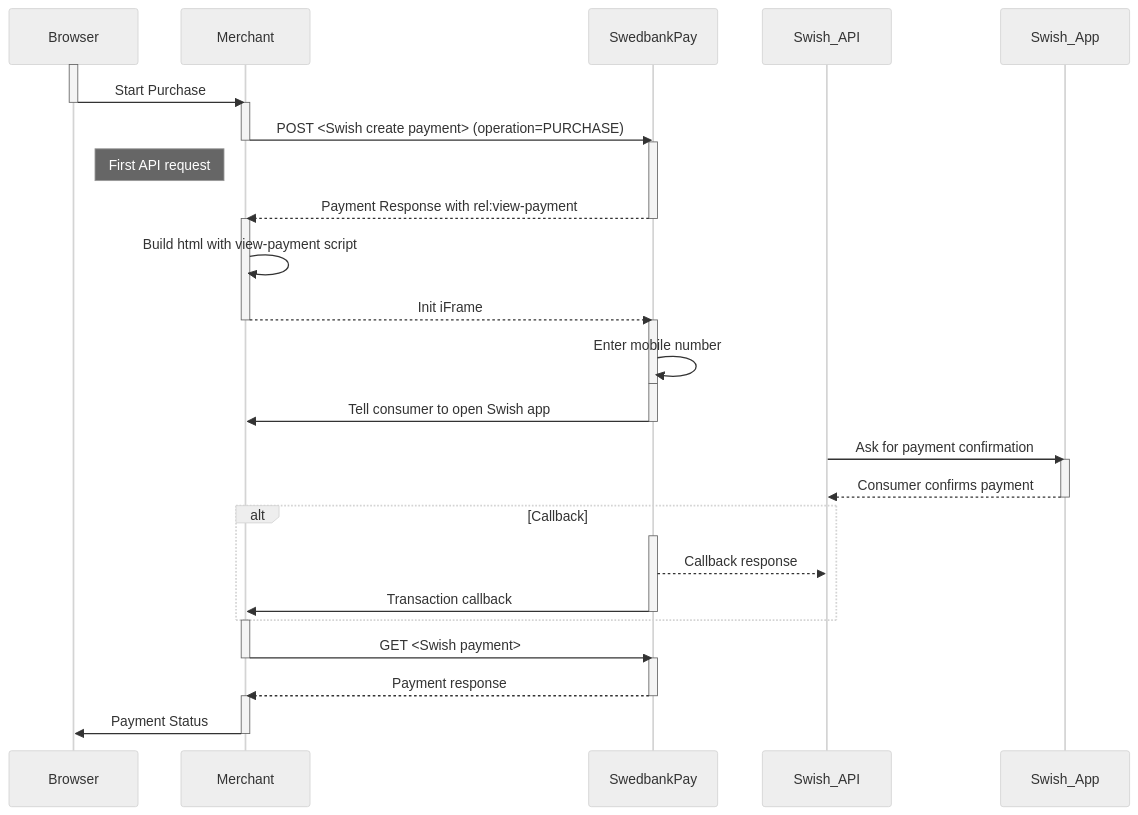
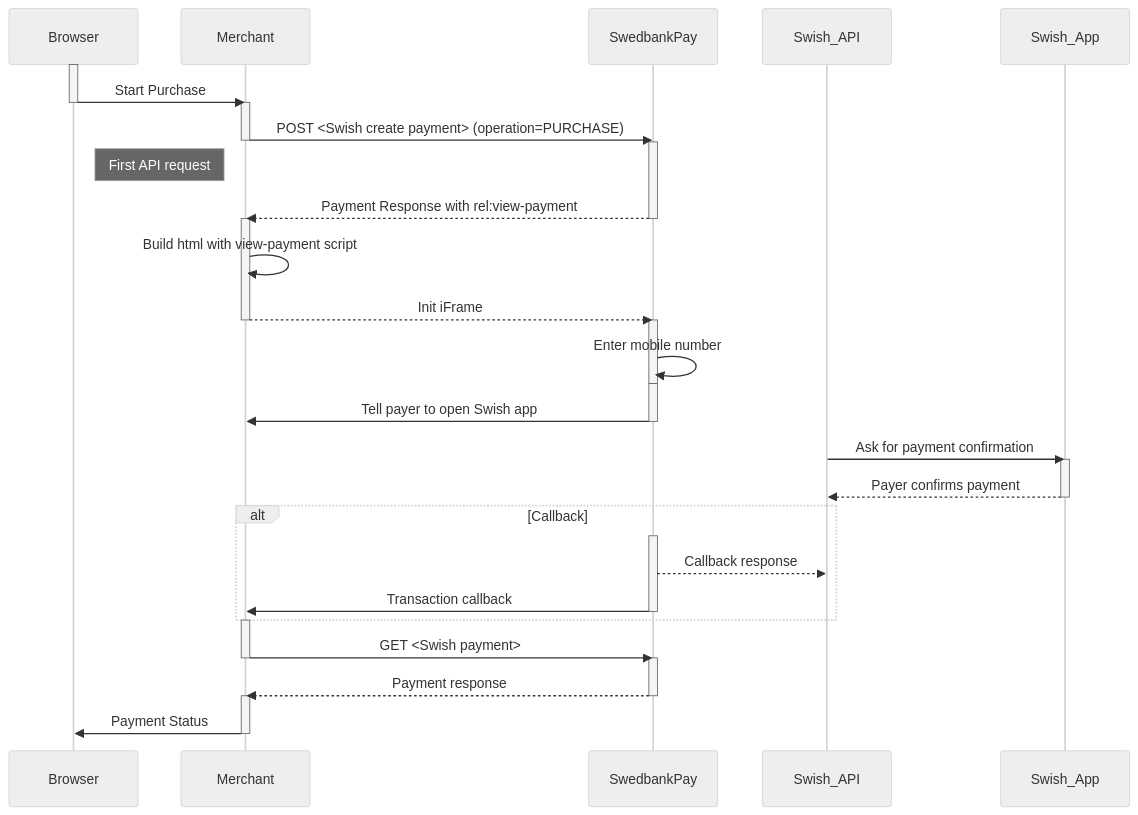
The diagram in payment-instruments/swish/seamless-view.md (SwedbankPay/developer.swedbankpay.com), drawn with Mermaid (neutral theme) before and after one commit. The commit also changed 9 other files, not shown here.

````diff
--- a/payment-instruments/swish/seamless-view.md
+++ b/payment-instruments/swish/seamless-view.md
@@ -271,33 +271,33 @@
 ```mermaid
 sequenceDiagram
     activate Browser
     Browser->>-Merchant: Start Purchase
     activate Merchant
     Merchant->>-SwedbankPay: POST <Swish create payment> (operation=PURCHASE)
     activate SwedbankPay
     note left of Merchant: First API request
     SwedbankPay-->>-Merchant: Payment Response with rel:view-payment
     activate Merchant
     Merchant->>Merchant: Build html with view-payment script
     Merchant-->>-SwedbankPay: Init iFrame
     activate SwedbankPay
     SwedbankPay->>-SwedbankPay: Enter mobile number
     activate SwedbankPay
-    SwedbankPay->>-Merchant: Tell consumer to open Swish app
+    SwedbankPay->>-Merchant: Tell payer to open Swish app
     Swish_API->>Swish_App: Ask for payment confirmation
     activate Swish_App
-    Swish_App-->>-Swish_API: Consumer confirms payment
+    Swish_App-->>-Swish_API: Payer confirms payment
 
         alt Callback
         activate SwedbankPay
         SwedbankPay-->>Swish_API: Callback response
         SwedbankPay->>-Merchant: Transaction callback
         end
 
     activate Merchant
     Merchant->>-SwedbankPay: GET <Swish payment>
     activate SwedbankPay
     SwedbankPay-->>-Merchant: Payment response
     activate Merchant
     Merchant->>-Browser: Payment Status
 ```
````
